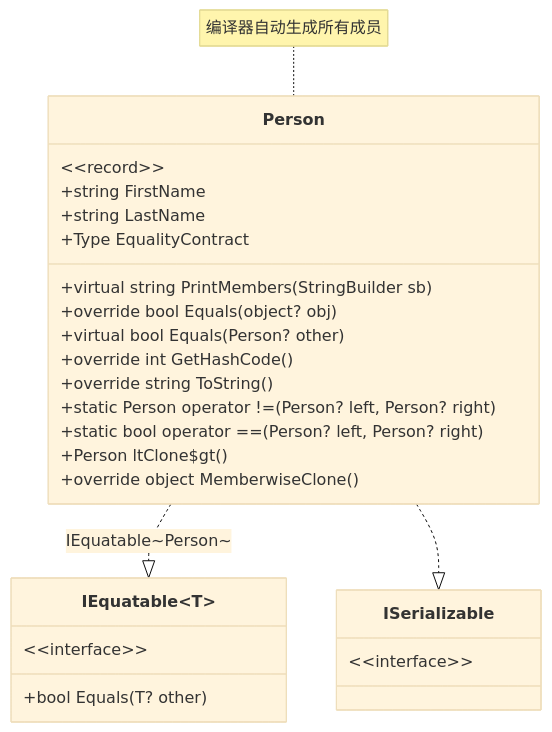
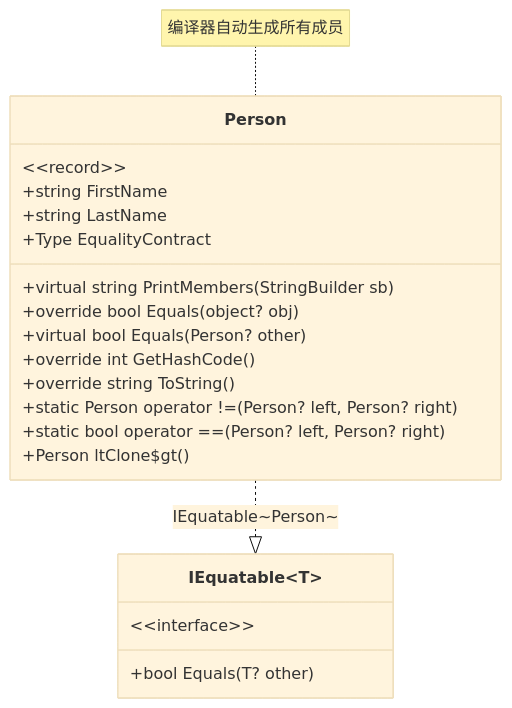
Before and after one commit to moklgydocs/moklgydocs.github.io: the first of 5 diagrams in src/后端开发/CSharp/CLR深度/08_高级类型与模式/03_记录类型与with表达式.md, drawn with Mermaid (base theme). The commit also changed other lines of this file and 8 other files, not shown here.

````diff
--- a/src/后端开发/CSharp/CLR深度/08_高级类型与模式/03_记录类型与with表达式.md
+++ b/src/后端开发/CSharp/CLR深度/08_高级类型与模式/03_记录类型与with表达式.md
@@ -35,32 +35,26 @@
 ```mermaid
 classDiagram
     class Person {
         <~record~>
         +string FirstName
         +string LastName
         +virtual string PrintMembers(StringBuilder sb)
         +override bool Equals(object? obj)
         +virtual bool Equals(Person? other)
         +override int GetHashCode()
         +override string ToString()
         +static Person operator !=(Person? left, Person? right)
         +static bool operator ==(Person? left, Person? right)
         +Person ltClone$gt()
-        +override object MemberwiseClone()
         +Type EqualityContract
     }
 
     class IEquatable~T~ {
         <~interface~>
         +bool Equals(T? other)
     }
 
-    class ISerializable {
-        <~interface~>
-    }
-
     Person ..|> IEquatable~T~ : IEquatable~Person~
-    Person ..|> ISerializable
 
     note for Person "编译器自动生成所有成员"
 ```
````
